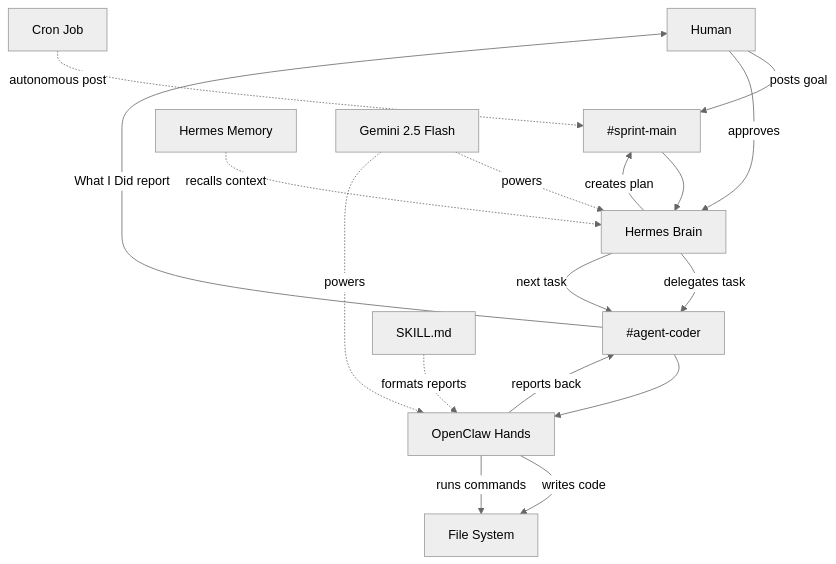
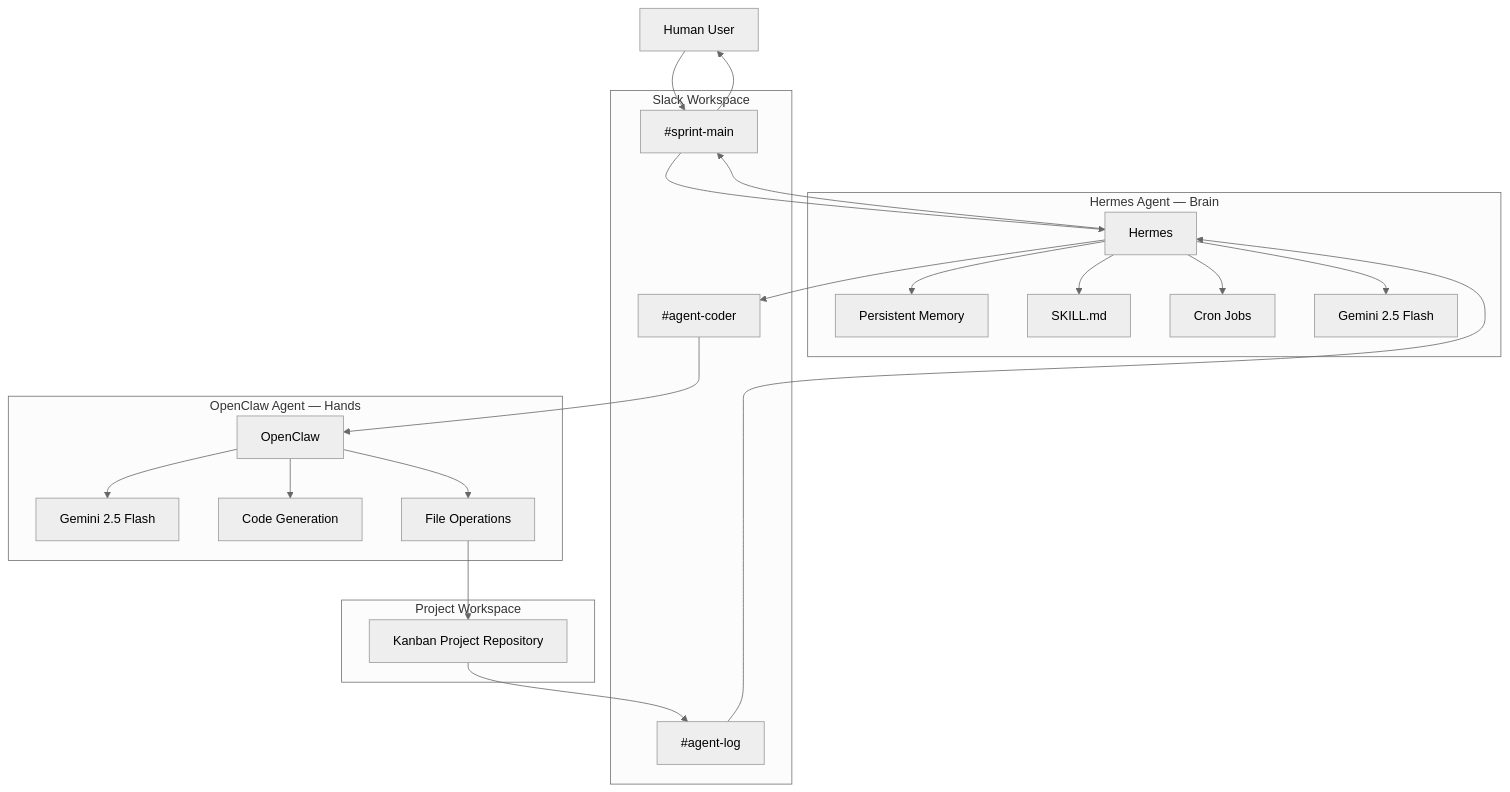
One commit to Unseencoderz/forge2-qualifier-sahil changed the first of 5 diagrams in README.md. Above: the diagram before and after it, drawn with Mermaid (neutral theme). The commit also changed other lines of this file, not shown here.

Commit message:
Added architecture Diagrams

````diff
--- a/README.md
+++ b/README.md
@@ -128,21 +9,46 @@
 ```mermaid
 flowchart TD
-    H[Human] -->|posts goal| SM[#sprint-main]
-    SM --> HB[Hermes Brain]
-    HB -->|creates plan| SM
-    HB -->|delegates task| AC[#agent-coder]
-    AC --> OC[OpenClaw Hands]
-    OC -->|writes code| FS[File System]
-    OC -->|runs commands| FS
-    OC -->|reports back| AC
-    AC -->|What I Did report| H
-    H -->|approves| HB
-    HB -->|next task| AC
+    H[Human User]
 
-    HM[Hermes Memory] -.->|recalls context| HB
-    SK[SKILL.md] -.->|formats reports| OC
-    CR[Cron Job] -.->|autonomous post| SM
+    subgraph Slack ["Slack Workspace"]
+        SM["#sprint-main"]
+        AC["#agent-coder"]
+        AL["#agent-log"]
+    end
 
-    GM[Gemini 2.5 Flash] -.->|powers| HB
-    GM -.->|powers| OC
+    subgraph Hermes ["Hermes Agent — Brain"]
+        HM[Hermes]
+        MEM[Persistent Memory]
+        SKILL[SKILL.md]
+        CRON[Cron Jobs]
+        GEM1[Gemini 2.5 Flash]
+    end
+
+    subgraph OpenClaw ["OpenClaw Agent — Hands"]
+        OC[OpenClaw]
+        GEM2[Gemini 2.5 Flash]
+        CODE[Code Generation]
+        EXEC[File Operations]
+    end
+
+    subgraph Workspace ["Project Workspace"]
+        REPO[Kanban Project Repository]
+    end
+
+    H --> SM
+    SM --> HM
+    HM --> GEM1
+    HM --> MEM
+    HM --> SKILL
+    HM --> CRON
+    HM --> AC
+    AC --> OC
+    OC --> GEM2
+    OC --> CODE
+    OC --> EXEC
+    EXEC --> REPO
+    REPO --> AL
+    AL --> HM
+    HM --> SM
+    SM --> H
 ```
````
